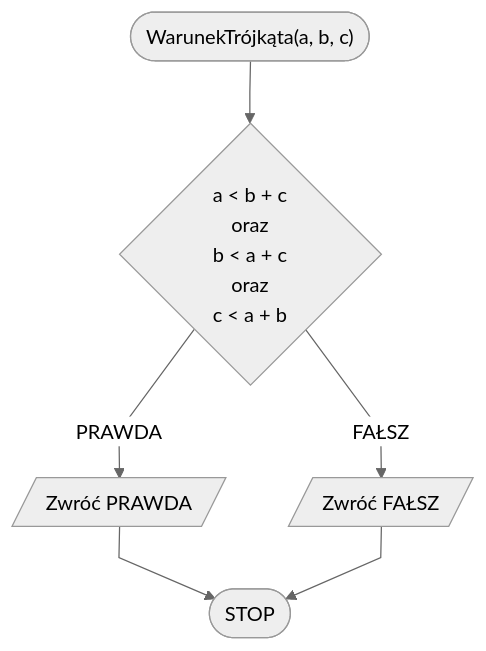
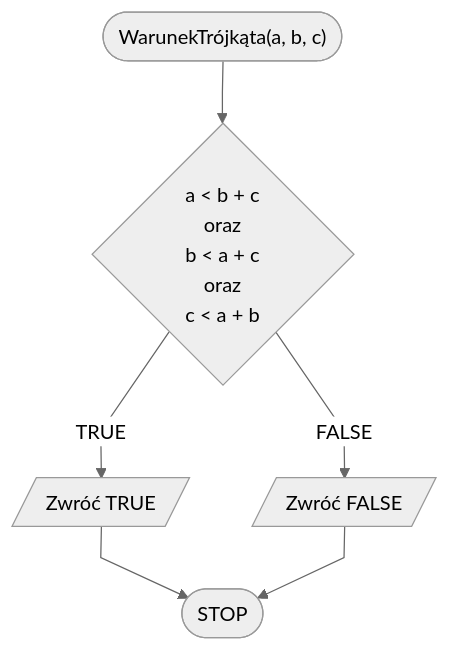
One commit to blackbat13/edu-cs-htiew-en changed the diagram in docs/algorithms/2d-geometry/triangle-condition.md. Above: the diagram before and after it, drawn with Mermaid. The commit also changed other lines of this file and 682 other files, not shown here.

````diff
--- a/docs/algorithms/2d-geometry/triangle-condition.md
+++ b/docs/algorithms/2d-geometry/triangle-condition.md
@@ -34,13 +34,13 @@
 ```mermaid
 %%{init: {"flowchart": {"curve": "linear"}, "theme": "neutral"} }%%
 flowchart TD
     START(["WarunekTrójkąta(a, b, c)"]) --> K1{"a < b + c
     oraz
     b < a + c
     oraz
     c < a + b"}
-    K1 -- PRAWDA --> K2[/Zwróć PRAWDA/]
+    K1 -- TRUE --> K2[/Zwróć TRUE/]
     K2 --> STOP([STOP])
-    K1 -- FAŁSZ --> K4[/Zwróć FAŁSZ/]
+    K1 -- FALSE --> K4[/Zwróć FALSE/]
     K4 --> STOP
 ```
````
